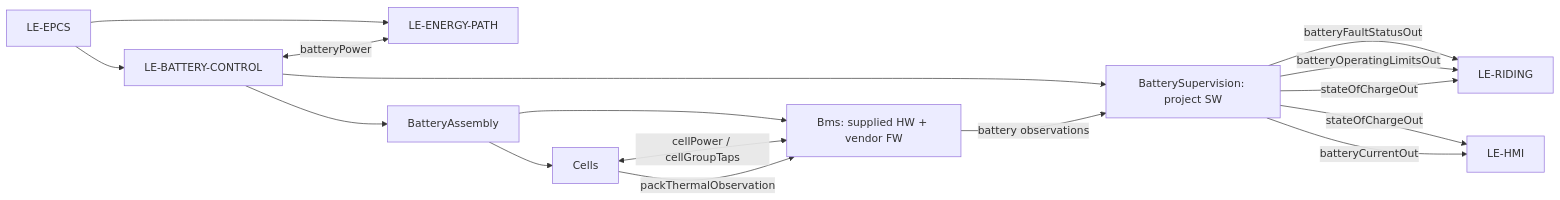
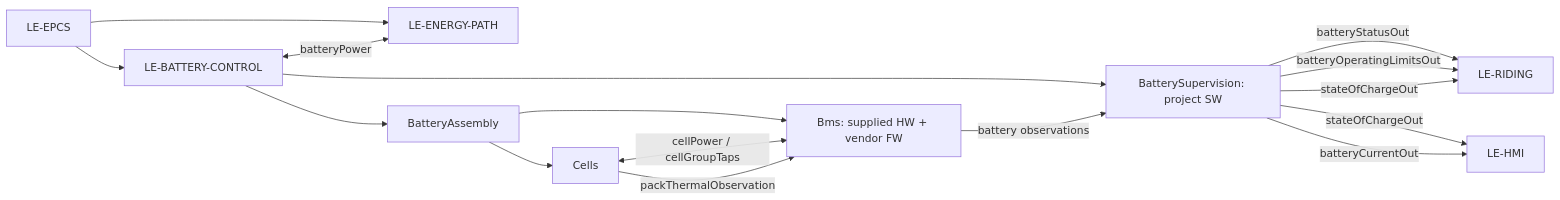
The first of 2 diagrams in .devenv/Architecture/SystemArchitecture/Modelling/BatteryControl/README.md (dhellhake/X2CityMCU), drawn with Mermaid before and after one commit. The commit also changed other lines of this file and 36 other files, not shown here.

````diff
--- a/.devenv/Architecture/SystemArchitecture/Modelling/BatteryControl/README.md
+++ b/.devenv/Architecture/SystemArchitecture/Modelling/BatteryControl/README.md
@@ -7,18 +7,18 @@
 ```mermaid
 flowchart LR
   EPCS[LE-EPCS] --> BC[LE-BATTERY-CONTROL]
   EPCS --> EP[LE-ENERGY-PATH]
   BC --> PBA[BatteryAssembly]
   PBA --> Cells[Cells]
   PBA --> Bms[Bms: supplied HW + vendor FW]
   BC --> BS[BatterySupervision: project SW]
   Bms -->|battery observations| BS
   Cells <-->|cellPower / cellGroupTaps| Bms
   Cells -->|packThermalObservation| Bms
-  BS -->|batteryFaultStatusOut| RidingControl[LE-RIDING]
-  BS -->|batteryOperatingLimitsOut| RidingControl[LE-RIDING]
+  BS -->|batteryStatusOut| RidingControl[LE-RIDING]
+  BS -->|batteryOperatingLimitsOut| RidingControl
   BS -->|stateOfChargeOut| HMI[LE-HMI]
   BS -->|stateOfChargeOut| RidingControl
   BS -->|batteryCurrentOut| HMI
   BC <-->|batteryPower| EP
 ```
````
